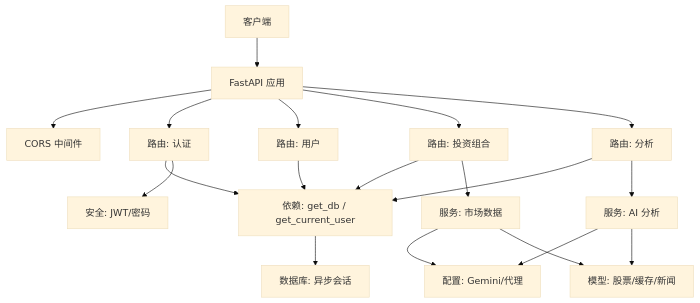
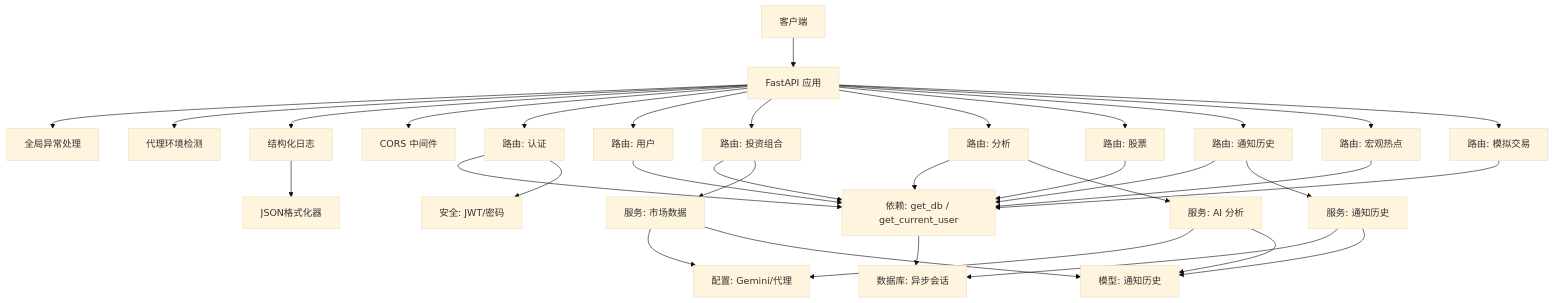
One commit to breeze-lyf/ai-stock-advisor changed the second of 10 diagrams in .qoder/repowiki/zh/content/系统架构/后端架构.md. Above: the diagram before and after it, drawn with Mermaid (base theme). The commit also changed other lines of this file and 52 other files, not shown here.

````diff
--- a/.qoder/repowiki/zh/content/系统架构/后端架构.md
+++ b/.qoder/repowiki/zh/content/系统架构/后端架构.md
@@ -148,21 +178,36 @@
 ```mermaid
 graph TB
 Client["客户端"] --> FastAPI["FastAPI 应用"]
+FastAPI --> GlobalEx["全局异常处理"]
+FastAPI --> ProxyDetect["代理环境检测"]
+FastAPI --> StructLog["结构化日志"]
 FastAPI --> CORS["CORS 中间件"]
 FastAPI --> RouterAuth["路由: 认证"]
 FastAPI --> RouterUser["路由: 用户"]
 FastAPI --> RouterPor["路由: 投资组合"]
 FastAPI --> RouterAna["路由: 分析"]
+FastAPI --> RouterStock["路由: 股票"]
+FastAPI --> RouterNotif["路由: 通知历史"]
+FastAPI --> RouterMacro["路由: 宏观热点"]
+FastAPI --> RouterPaper["路由: 模拟交易"]
 RouterAuth --> Deps["依赖: get_db / get_current_user"]
 RouterUser --> Deps
 RouterPor --> Deps
 RouterAna --> Deps
+RouterStock --> Deps
+RouterNotif --> Deps
+RouterMacro --> Deps
+RouterPaper --> Deps
 Deps --> DB["数据库: 异步会话"]
 RouterAuth --> Sec["安全: JWT/密码"]
 RouterAna --> AISvc["服务: AI 分析"]
 RouterPor --> MDSvc["服务: 市场数据"]
+RouterNotif --> NotifSvc["服务: 通知历史"]
 AISvc --> Cfg["配置: Gemini/代理"]
 MDSvc --> Cfg
+NotifSvc --> DB
 AISvc --> Models["模型: 用户/分析报告"]
 MDSvc --> Models["模型: 股票/缓存/新闻"]
+NotifSvc --> Models["模型: 通知历史"]
+StructLog --> JSONFmt["JSON格式化器"]
 ```
````
